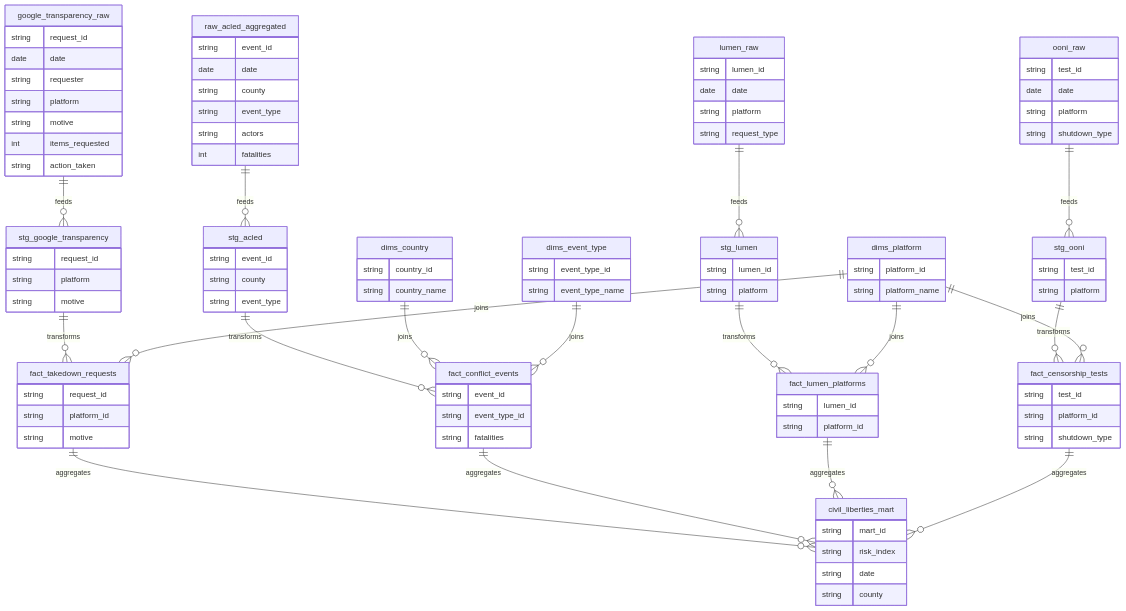
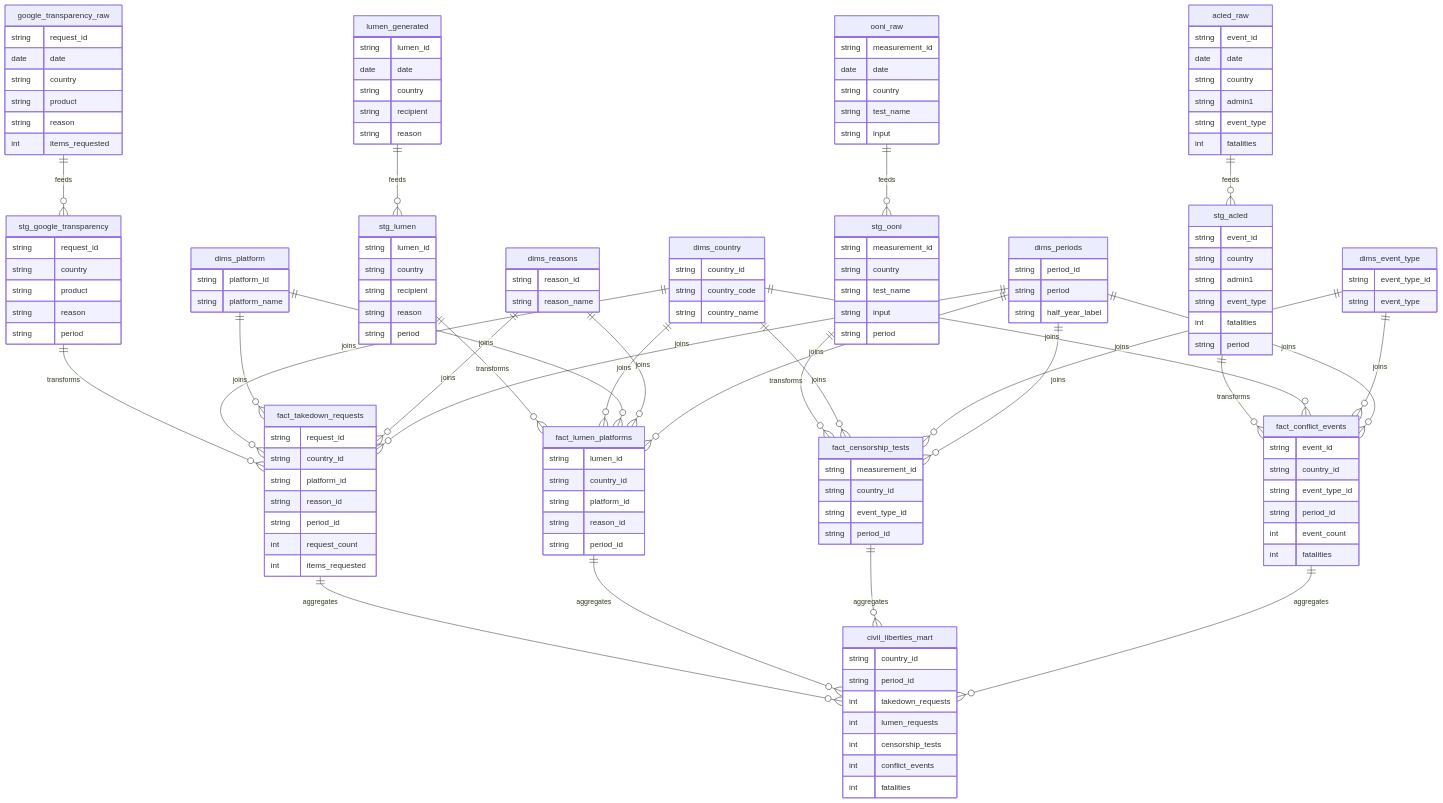
Before and after one commit to Sanjomwa/Civil-Liberties-and-Censorship-Analysis-with-Bruin: the second of 2 diagrams in README.md, drawn with Mermaid.

````diff
--- a/README.md
+++ b/README.md
@@ -142,115 +142,164 @@
     google_transparency_raw {
         string request_id
         date date
-        string requester
-        string platform
-        string motive
+        string country
+        string product
+        string reason
         int items_requested
-        string action_taken
     }
-    lumen_raw {
+    lumen_generated {
         string lumen_id
         date date
-        string platform
-        string request_type
+        string country
+        string recipient
+        string reason
     }
     ooni_raw {
-        string test_id
+        string measurement_id
         date date
-        string platform
-        string shutdown_type
+        string country
+        string test_name
+        string input
     }
-    raw_acled_aggregated {
+    acled_raw {
         string event_id
         date date
-        string county
+        string country
+        string admin1
         string event_type
-        string actors
         int fatalities
     }
 
     %% STAGING
     stg_google_transparency {
         string request_id
-        string platform
-        string motive
+        string country
+        string product
+        string reason
+        string period
     }
     stg_lumen {
         string lumen_id
-        string platform
+        string country
+        string recipient
+        string reason
+        string period
     }
     stg_ooni {
-        string test_id
-        string platform
+        string measurement_id
+        string country
+        string test_name
+        string input
+        string period
     }
     stg_acled {
         string event_id
-        string county
+        string country
+        string admin1
         string event_type
+        int fatalities
+        string period
     }
 
     %% DIMENSIONS
     dims_country {
         string country_id
+        string country_code
         string country_name
-    }
-    dims_event_type {
-        string event_type_id
-        string event_type_name
     }
     dims_platform {
         string platform_id
         string platform_name
     }
+    dims_event_type {
+        string event_type_id
+        string event_type
+    }
+    dims_reasons {
+        string reason_id
+        string reason_name
+    }
+    dims_periods {
+        string period_id
+        string period
+        string half_year_label
+    }
 
     %% FACTS
     fact_takedown_requests {
         string request_id
+        string country_id
         string platform_id
-        string motive
+        string reason_id
+        string period_id
+        int request_count
+        int items_requested
+    }
+    fact_lumen_platforms {
+        string lumen_id
+        string country_id
+        string platform_id
+        string reason_id
+        string period_id
+    }
+    fact_censorship_tests {
+        string measurement_id
+        string country_id
+        string event_type_id
+        string period_id
     }
     fact_conflict_events {
         string event_id
+        string country_id
         string event_type_id
-        string fatalities
-    }
-    fact_lumen_platforms {
-        string lumen_id
-        string platform_id
-    }
-    fact_censorship_tests {
-        string test_id
-        string platform_id
-        string shutdown_type
+        string period_id
+        int event_count
+        int fatalities
     }
 
-    %% REPORTING
+    %% MART
     civil_liberties_mart {
-        string mart_id
-        string risk_index
-        string date
-        string county
+        string country_id
+        string period_id
+        int takedown_requests
+        int lumen_requests
+        int censorship_tests
+        int conflict_events
+        int fatalities
     }
 
     %% RELATIONSHIPS
     google_transparency_raw ||--o{ stg_google_transparency : feeds
-    lumen_raw ||--o{ stg_lumen : feeds
+    lumen_generated ||--o{ stg_lumen : feeds
     ooni_raw ||--o{ stg_ooni : feeds
-    raw_acled_aggregated ||--o{ stg_acled : feeds
+    acled_raw ||--o{ stg_acled : feeds
 
     stg_google_transparency ||--o{ fact_takedown_requests : transforms
     stg_lumen ||--o{ fact_lumen_platforms : transforms
     stg_ooni ||--o{ fact_censorship_tests : transforms
     stg_acled ||--o{ fact_conflict_events : transforms
 
+    dims_country ||--o{ fact_takedown_requests : joins
+    dims_country ||--o{ fact_lumen_platforms : joins
+    dims_country ||--o{ fact_censorship_tests : joins
     dims_country ||--o{ fact_conflict_events : joins
-    dims_event_type ||--o{ fact_conflict_events : joins
+
     dims_platform ||--o{ fact_takedown_requests : joins
     dims_platform ||--o{ fact_lumen_platforms : joins
-    dims_platform ||--o{ fact_censorship_tests : joins
+
+    dims_event_type ||--o{ fact_conflict_events : joins
+    dims_event_type ||--o{ fact_censorship_tests : joins
+
+    dims_reasons ||--o{ fact_takedown_requests : joins
+    dims_reasons ||--o{ fact_lumen_platforms : joins
+
+    dims_periods ||--o{ fact_takedown_requests : joins
+    dims_periods ||--o{ fact_lumen_platforms : joins
+    dims_periods ||--o{ fact_censorship_tests : joins
+    dims_periods ||--o{ fact_conflict_events : joins
 
     fact_takedown_requests ||--o{ civil_liberties_mart : aggregates
-    fact_conflict_events ||--o{ civil_liberties_mart : aggregates
     fact_lumen_platforms ||--o{ civil_liberties_mart : aggregates
     fact_censorship_tests ||--o{ civil_liberties_mart : aggregates
+    fact_conflict_events ||--o{ civil_liberties_mart : aggregates
 ```
````
